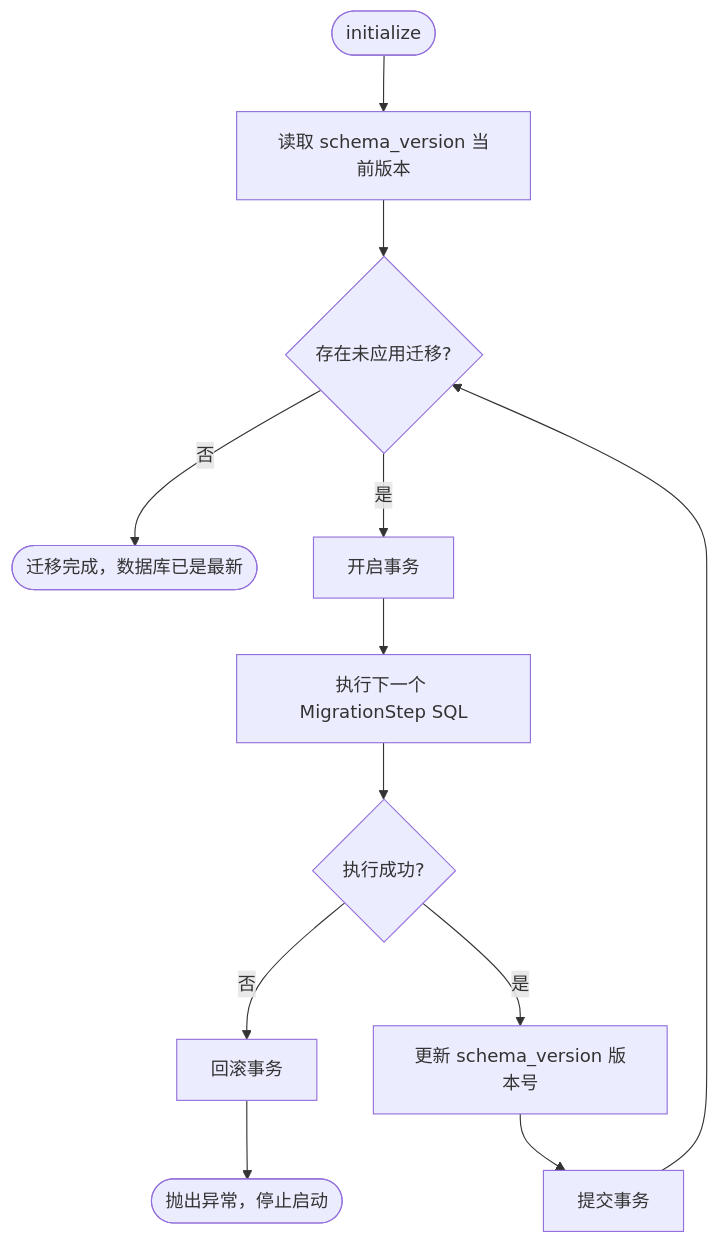
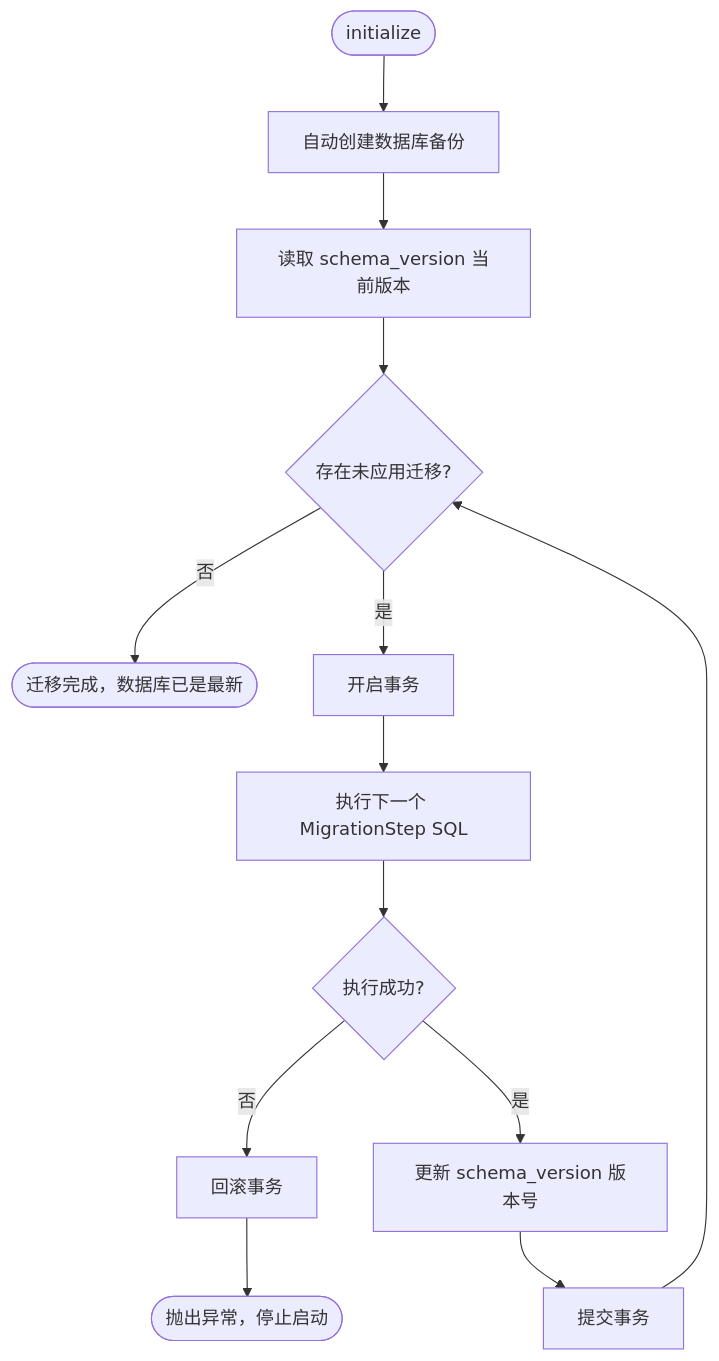
The third of 3 diagrams in docs/arch/persistence.md (MintITes/QuickMemes), drawn with Mermaid before and after one commit. The commit also changed other lines of this file and 8 other files, not shown here.

````diff
--- a/docs/arch/persistence.md
+++ b/docs/arch/persistence.md
@@ -538,13 +572,14 @@
 ```mermaid
 flowchart TD
-    INIT([initialize]) --> READ_VER[读取 schema_version 当前版本]
+    INIT([initialize]) --> BACKUP[自动创建数据库备份]
+    BACKUP --> READ_VER[读取 schema_version 当前版本]
     READ_VER --> CHECK{存在未应用迁移?}
     CHECK -->|否| DONE([迁移完成，数据库已是最新])
     CHECK -->|是| BEGIN[开启事务]
     BEGIN --> APPLY[执行下一个 MigrationStep SQL]
     APPLY --> OK{执行成功?}
     OK -->|否| ROLLBACK[回滚事务] --> ERROR([抛出异常，停止启动])
     OK -->|是| UPDATE[更新 schema_version 版本号]
     UPDATE --> COMMIT[提交事务]
     COMMIT --> CHECK
 ```
````
